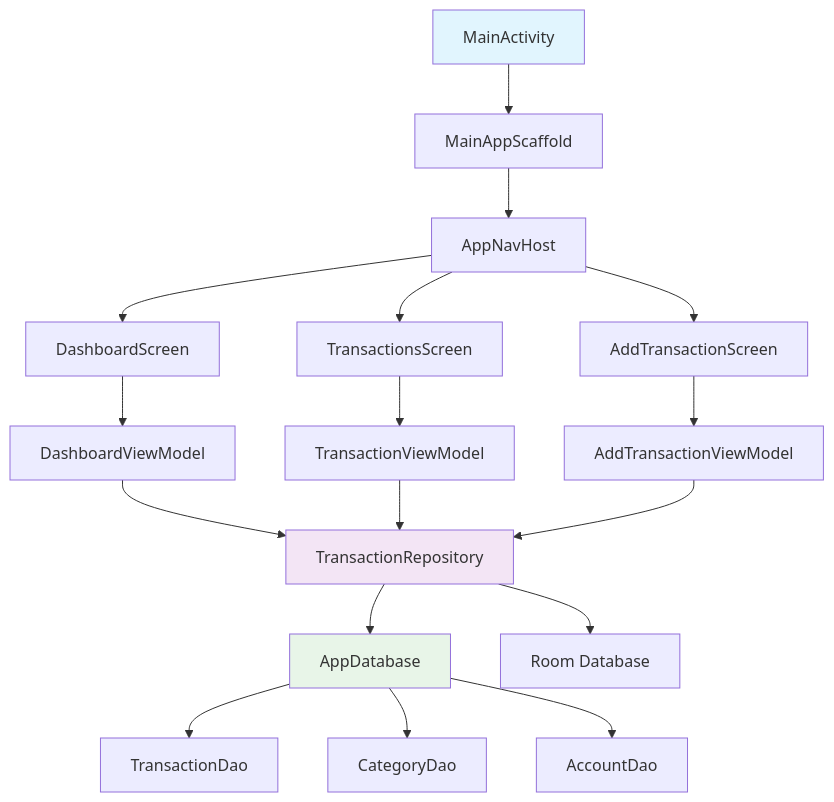
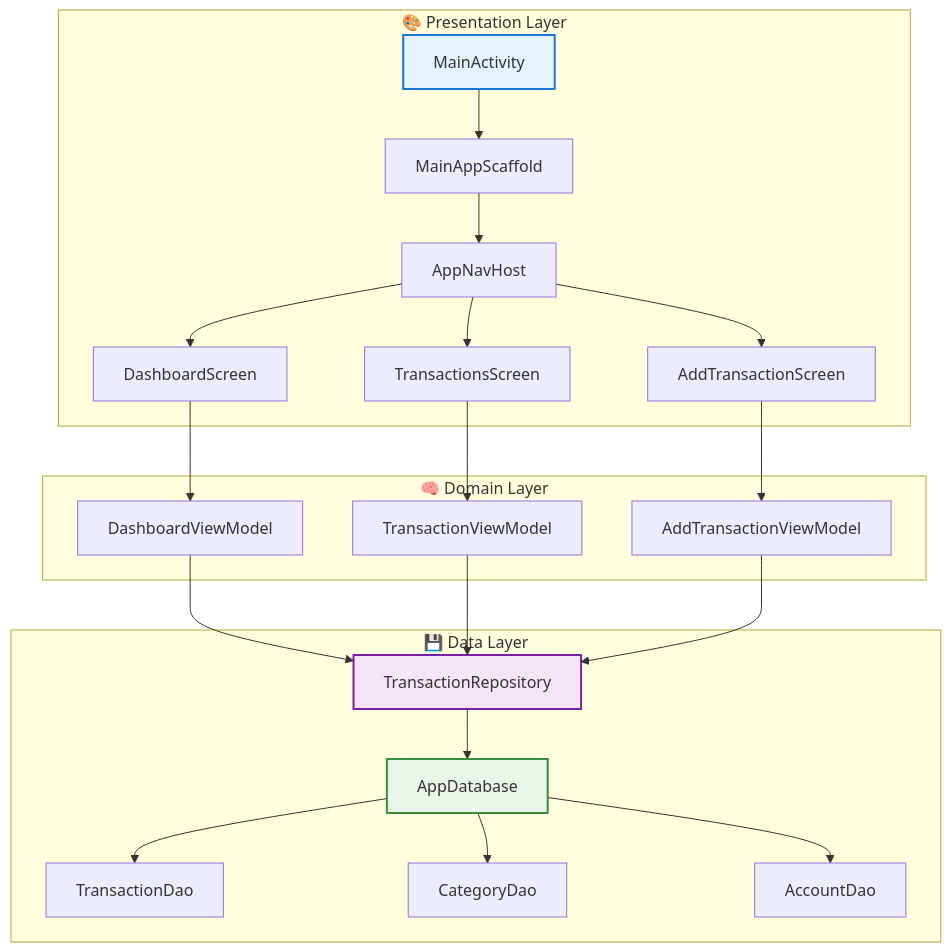
One commit to Save12sttm/Expenso changed the diagram in README.md. Above: the diagram before and after it, drawn with Mermaid. The commit also changed other lines of this file and 8 other files, not shown here.

````diff
--- a/README.md
+++ b/README.md
@@ -62,27 +215,30 @@
 ```mermaid
 graph TB
-    A[MainActivity] --> B[MainAppScaffold]
-    B --> C[AppNavHost]
-    C --> D[DashboardScreen]
-    C --> E[TransactionsScreen]
-    C --> F[AddTransactionScreen]
+    subgraph "🎨 Presentation Layer"
+        A[MainActivity] --> B[MainAppScaffold]
+        B --> C[AppNavHost]
+        C --> D[DashboardScreen]
+        C --> E[TransactionsScreen]
+        C --> F[AddTransactionScreen]
+    end
     
-    D --> G[DashboardViewModel]
-    E --> H[TransactionViewModel]
-    F --> I[AddTransactionViewModel]
+    subgraph "🧠 Domain Layer"
+        D --> G[DashboardViewModel]
+        E --> H[TransactionViewModel]
+        F --> I[AddTransactionViewModel]
+    end
     
-    G --> J[TransactionRepository]
-    H --> J
-    I --> J
+    subgraph "💾 Data Layer"
+        G --> J[TransactionRepository]
+        H --> J
+        I --> J
+        J --> K[AppDatabase]
+        K --> L[TransactionDao]
+        K --> M[CategoryDao]
+        K --> N[AccountDao]
+    end
     
-    J --> K[AppDatabase]
-    K --> L[TransactionDao]
-    K --> M[CategoryDao]
-    K --> N[AccountDao]
-    
-    J --> O[Room Database]
-    
-    style A fill:#e1f5fe
-    style J fill:#f3e5f5
-    style K fill:#e8f5e8
+    style A fill:#e3f2fd,stroke:#1976d2,stroke-width:2px
+    style J fill:#f3e5f5,stroke:#7b1fa2,stroke-width:2px
+    style K fill:#e8f5e8,stroke:#388e3c,stroke-width:2px
 ```
````
